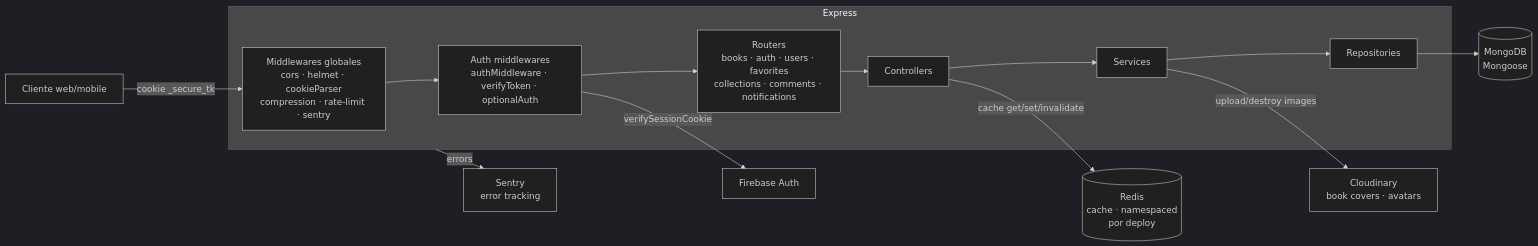
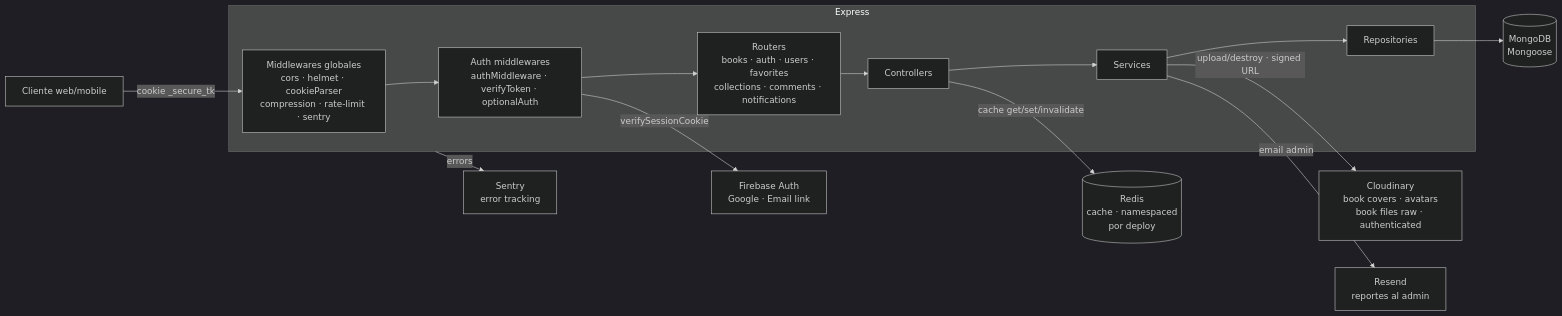
Before and after one commit to Franqsanz/xbu-api: the first of 2 diagrams in README.md, drawn with Mermaid (dark theme). The commit also changed other lines of this file, not shown here.

````diff
--- a/README.md
+++ b/README.md
@@ -27,31 +30,33 @@
 ```mermaid
 flowchart LR
     Client[Cliente web/mobile]
 
     subgraph Express[Express]
         MW[Middlewares globales<br/>cors · helmet · cookieParser<br/>compression · rate-limit · sentry]
         Auth[Auth middlewares<br/>authMiddleware · verifyToken · optionalAuth]
         Routes[Routers<br/>books · auth · users · favorites<br/>collections · comments · notifications]
         Controllers[Controllers]
         Services[Services]
         Repos[Repositories]
     end
 
     Mongo[(MongoDB<br/>Mongoose)]
     Redis[(Redis<br/>cache · namespaced<br/>por deploy)]
-    Firebase[Firebase Auth]
-    Cloudinary[Cloudinary<br/>book covers · avatars]
+    Firebase[Firebase Auth<br/>Google · Email link]
+    Cloudinary[Cloudinary<br/>book covers · avatars<br/>book files raw · authenticated]
+    Resend[Resend<br/>reportes al admin]
     Sentry[Sentry<br/>error tracking]
 
     Client -->|cookie _secure_tk| MW
     MW --> Auth
     Auth --> Routes
     Routes --> Controllers
     Controllers --> Services
     Services --> Repos
     Repos --> Mongo
     Controllers -->|cache get/set/invalidate| Redis
     Auth -->|verifySessionCookie| Firebase
-    Services -->|upload/destroy images| Cloudinary
+    Services -->|upload/destroy · signed URL| Cloudinary
+    Services -->|email admin| Resend
     Express -->|errors| Sentry
 ```
````
